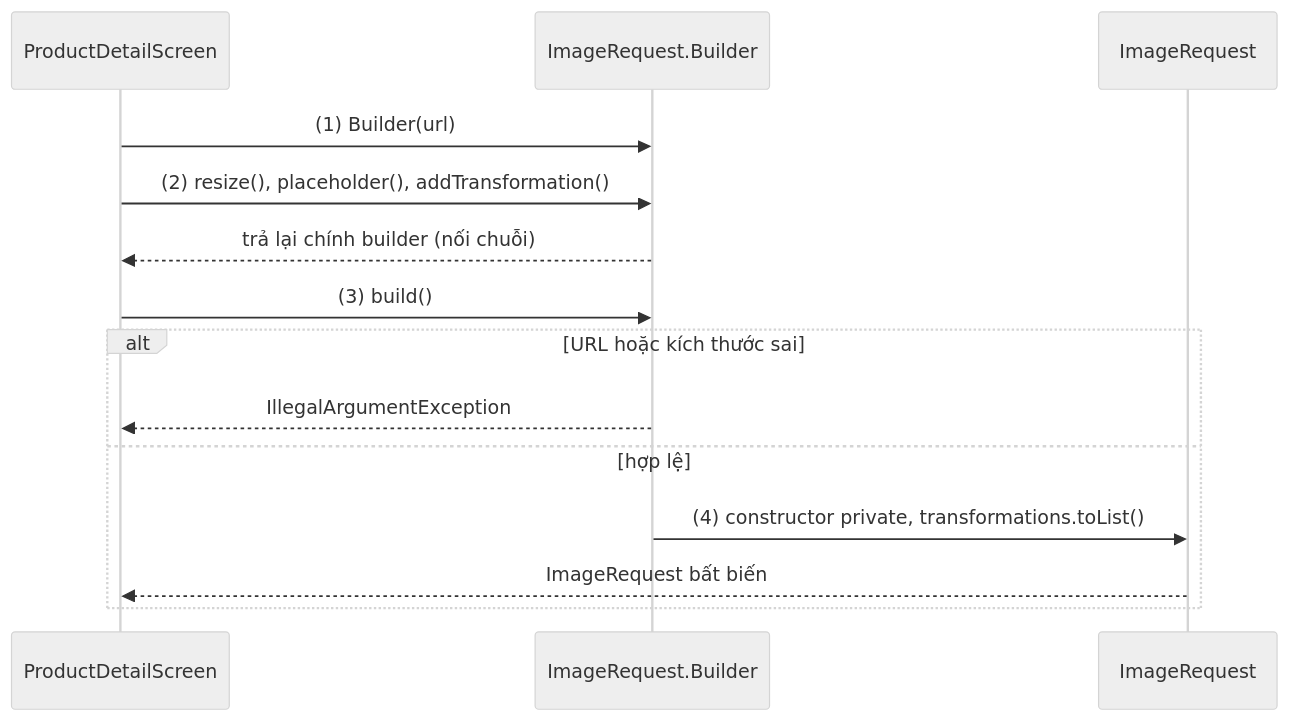
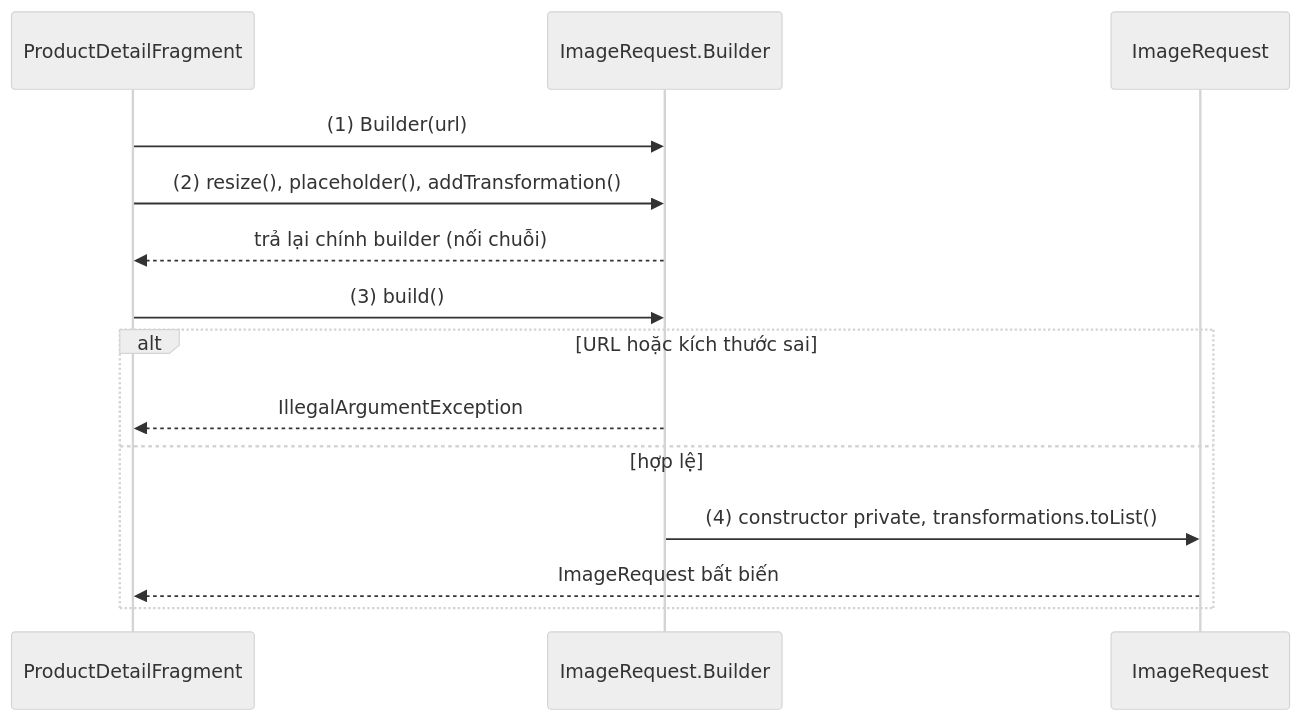
The first of 4 diagrams in knowledge/android/docs/session_07/design_pattern/builder_pattern.md (h1eu/knowledge), drawn with Mermaid (neutral theme) before and after one commit. The commit also changed other lines of this file and 19 other files, not shown here.

````diff
--- a/knowledge/android/docs/session_07/design_pattern/builder_pattern.md
+++ b/knowledge/android/docs/session_07/design_pattern/builder_pattern.md
@@ -88,16 +88,16 @@
 ```mermaid
 sequenceDiagram
-    participant S as ProductDetailScreen
+    participant S as ProductDetailFragment
     participant B as ImageRequest.Builder
     participant R as ImageRequest
     S->>B: (1) Builder(url)
     S->>B: (2) resize(), placeholder(), addTransformation()
     B-->>S: trả lại chính builder (nối chuỗi)
     S->>B: (3) build()
     alt URL hoặc kích thước sai
         B-->>S: IllegalArgumentException
     else hợp lệ
         B->>R: (4) constructor private, transformations.toList()
         R-->>S: ImageRequest bất biến
     end
 ```
````
